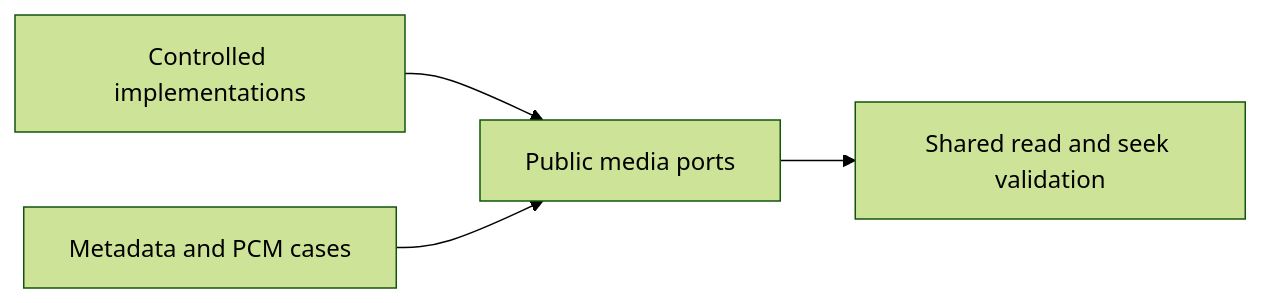
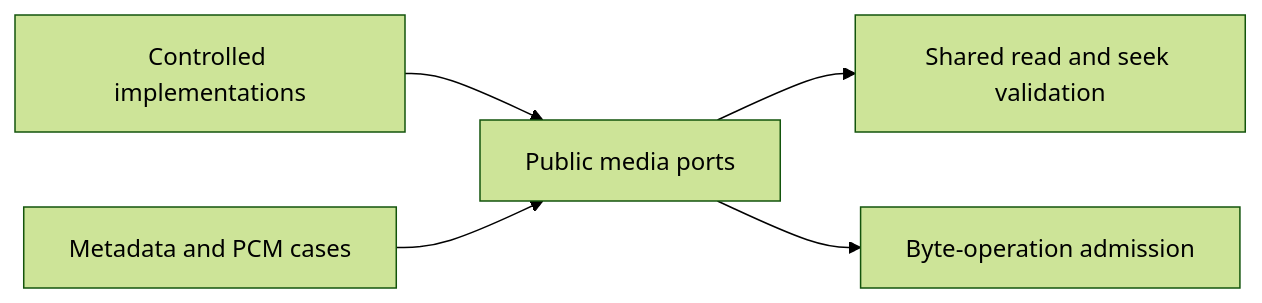
Before and after one commit to Vokerlee/wiola-player: the diagram in src/core/media/tests/README.md, drawn with Mermaid (forest theme). The commit also changed other lines of this file and 18 other files, not shown here.

Commit message:
media: own byte-stream admission independently of drivers

````diff
--- a/src/core/media/tests/README.md
+++ b/src/core/media/tests/README.md
@@ -5,6 +5,7 @@
 ```mermaid
 flowchart LR
     Controlled[Controlled implementations] --> Ports[Public media ports]
     Ports --> Decoder[Shared read and seek validation]
+    Ports --> Bytes[Byte-operation admission]
     Values[Metadata and PCM cases] --> Ports
 ```
````
